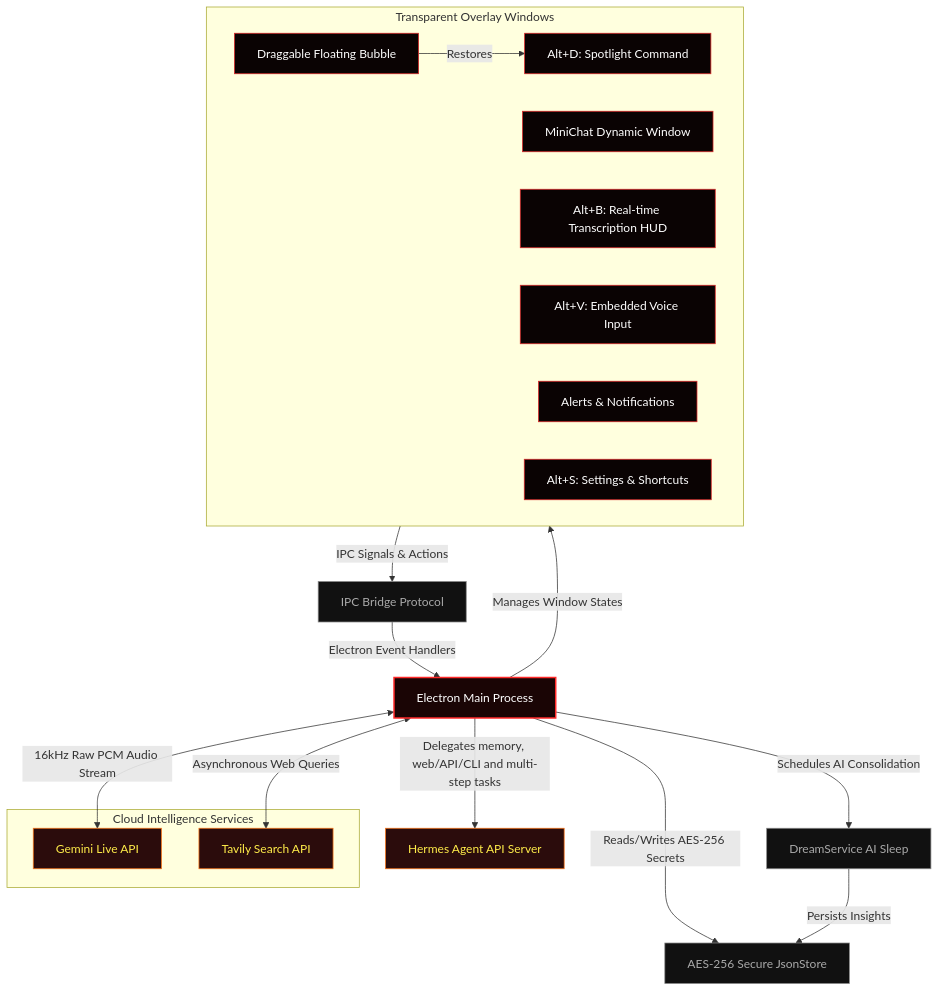
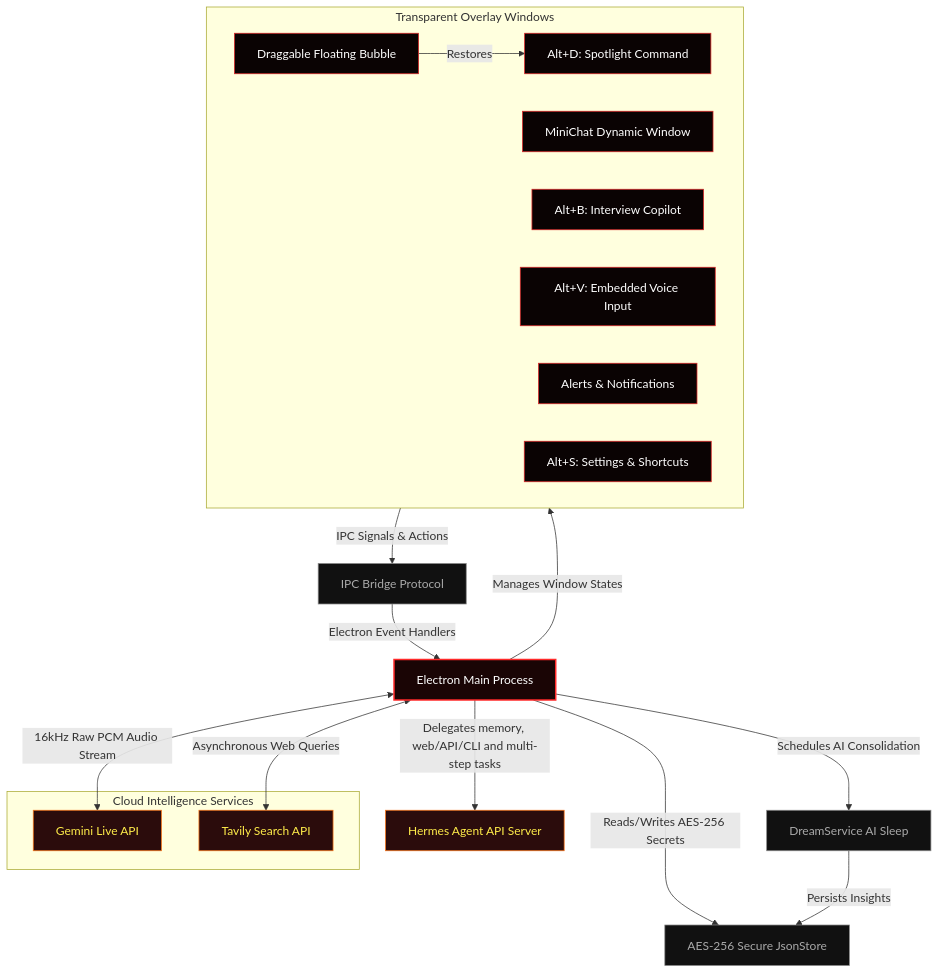
One commit to fbsis/hades-agent changed the diagram in README.md. Above: the diagram before and after it, drawn with Mermaid. The commit also changed other lines of this file, not shown here.

Commit message:
docs(readme): document interview copilot workflow

````diff
--- a/README.md
+++ b/README.md
@@ -170,41 +183,41 @@
 ```mermaid
 graph TD
     classDef main fill:#1a0505,stroke:#ff2a2a,stroke-width:2px,color:#fff;
     classDef float fill:#0a0303,stroke:#dc2626,stroke-width:1px,color:#fff;
     classDef service fill:#111,stroke:#888,stroke-width:1px,color:#aaa;
     classDef external fill:#2b0c0c,stroke:#f97316,stroke-width:1px,color:#ffed4a;
 
     Main[Electron Main Process]:::main
     
     subgraph UI_Layers [Transparent Overlay Windows]
         CommandBar[Alt+D: Spotlight Command]:::float
         MiniChat[MiniChat Dynamic Window]:::float
-        Susurro[Alt+B: Real-time Transcription HUD]:::float
+        Susurro[Alt+B: Interview Copilot]:::float
         Voice[Alt+V: Embedded Voice Input]:::float
         Bubble[Draggable Floating Bubble]:::float
         Notification[Alerts & Notifications]:::float
         Settings[Alt+S: Settings & Shortcuts]:::float
     end
     
     SSoT[IPC Bridge Protocol]:::service
     Store[AES-256 Secure JsonStore]:::service
     Dream[DreamService AI Sleep]:::service
     Hermes[Hermes Agent API Server]:::external
     
     subgraph Cloud_APIs [Cloud Intelligence Services]
         Gemini[Gemini Live API]:::external
         Tavily[Tavily Search API]:::external
     end
 
     Main -->|Manages Window States| UI_Layers
     Bubble -->|Restores| CommandBar
     UI_Layers -->|IPC Signals & Actions| SSoT
     SSoT -->|Electron Event Handlers| Main
     Main -->|Reads/Writes AES-256 Secrets| Store
     Main -->|Schedules AI Consolidation| Dream
     Dream -->|Persists Insights| Store
     Main -->|Delegates memory, web/API/CLI and multi-step tasks| Hermes
     
     Main <-->|16kHz Raw PCM Audio Stream| Gemini
     Main <-->|Asynchronous Web Queries| Tavily
 ```
````
